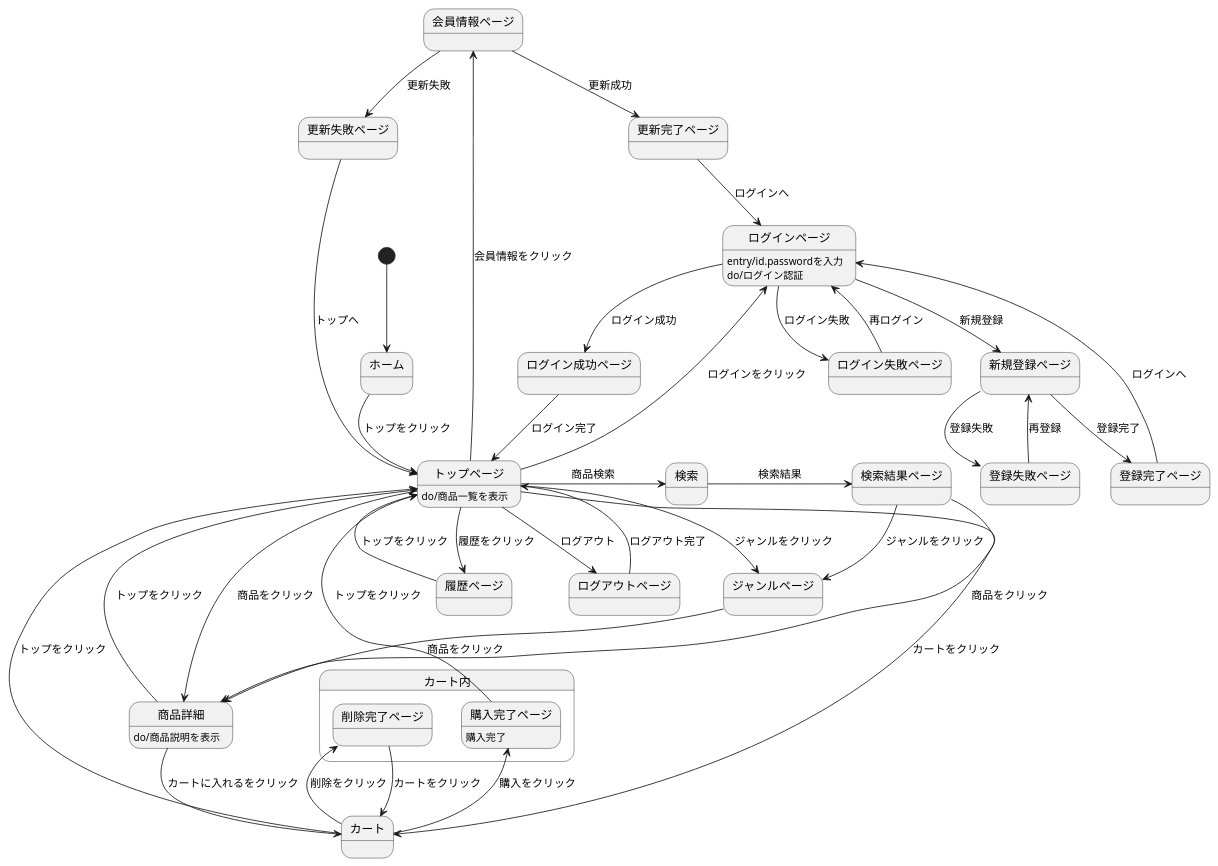
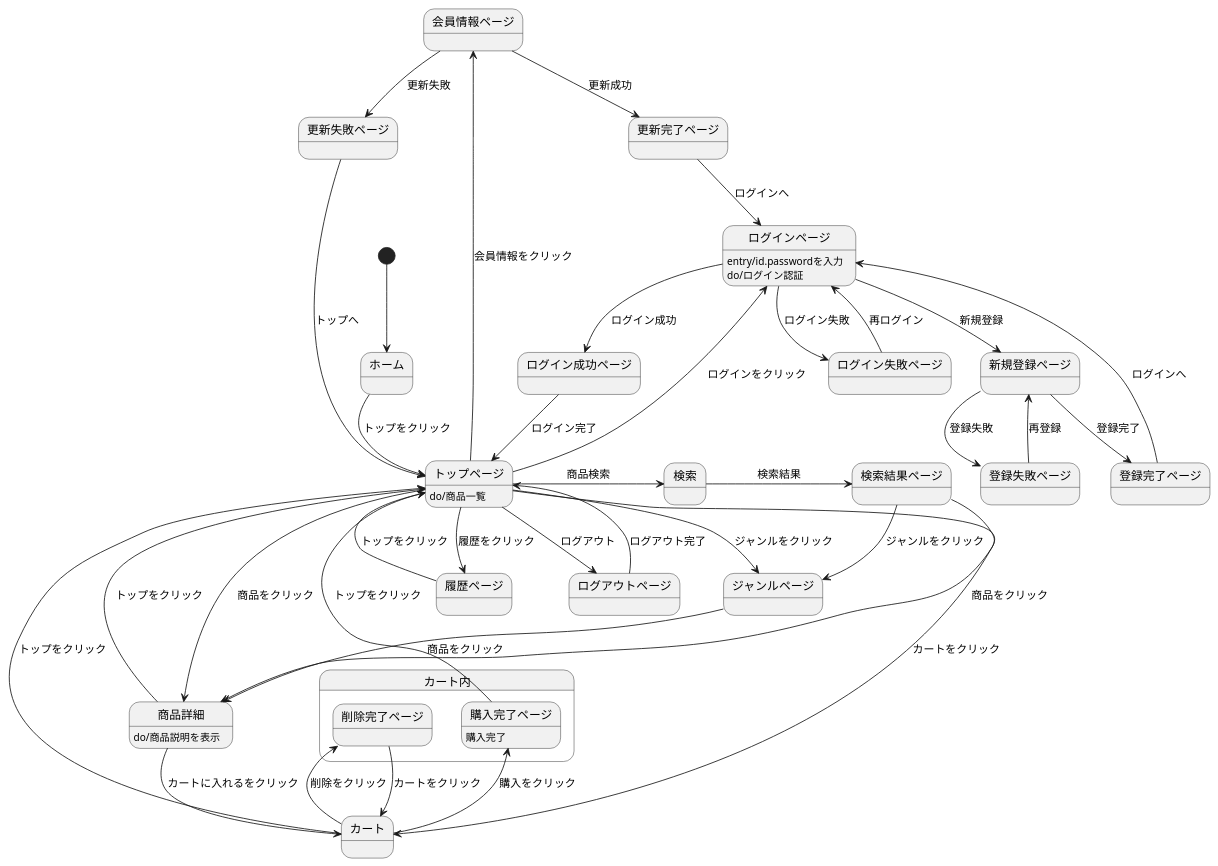
The diagram in ECサイト/画面遷移図/遷移図.md (Aso2001142/2021sys-design), drawn with PlantUML before and after one commit.

````diff
--- a/ECサイト/画面遷移図/遷移図.md
+++ b/ECサイト/画面遷移図/遷移図.md
@@ -1,57 +1,57 @@
 ```uml
 @startuml
 [*] --> ホーム
 ホーム --> トップページ : トップをクリック
-トップページ : do/商品一覧を表示
+トップページ : do/商品一覧
 
 トップページ -left-> ログインページ : ログインをクリック
 ログインページ : entry/id.passwordを入力
 ログインページ : do/ログイン認証
 ログインページ --> ログイン成功ページ : ログイン成功
 ログイン成功ページ --> トップページ : ログイン完了
 ログインページ --> ログイン失敗ページ : ログイン失敗
 ログイン失敗ページ -left-> ログインページ : 再ログイン
 
 ログインページ --> 新規登録ページ : 新規登録
 新規登録ページ --> 登録完了ページ : 登録完了
 登録完了ページ --> ログインページ : ログインへ
 新規登録ページ --> 登録失敗ページ : 登録失敗
 登録失敗ページ --> 新規登録ページ : 再登録
 
 トップページ -> 検索 : 商品検索
 検索 -> 検索結果ページ : 検索結果
 検索結果ページ --> ジャンルページ : ジャンルをクリック
 検索結果ページ --> 商品詳細 : 商品をクリック
 
 トップページ -> 商品詳細 : 商品をクリック
 トップページ --> カート : カートをクリック
 
 トップページ --> ログアウトページ : ログアウト
 ログアウトページ --> トップページ : ログアウト完了
 
 トップページ --> 履歴ページ : 履歴をクリック
 履歴ページ --> トップページ : トップをクリック
 
 トップページ -left-> 会員情報ページ : 会員情報をクリック
 会員情報ページ --> 更新完了ページ : 更新成功
 更新完了ページ --> ログインページ : ログインへ
 会員情報ページ --> 更新失敗ページ : 更新失敗
 更新失敗ページ --> トップページ : トップへ
 
 トップページ --> ジャンルページ :  ジャンルをクリック
 ジャンルページ --> 商品詳細 : 商品をクリック
 
 商品詳細 --> カート : カートに入れるをクリック
 商品詳細 --> トップページ : トップをクリック
 商品詳細 : do/商品説明を表示
 カート -up-> トップページ : トップをクリック
 
 state カート内{
 カート -> 購入完了ページ : 購入をクリック
 カート -left> 削除完了ページ : 削除をクリック
 削除完了ページ --> カート : カートをクリック
 購入完了ページ -> トップページ : トップをクリック
 購入完了ページ : 購入完了
 }
 @enduml
 ```
````
